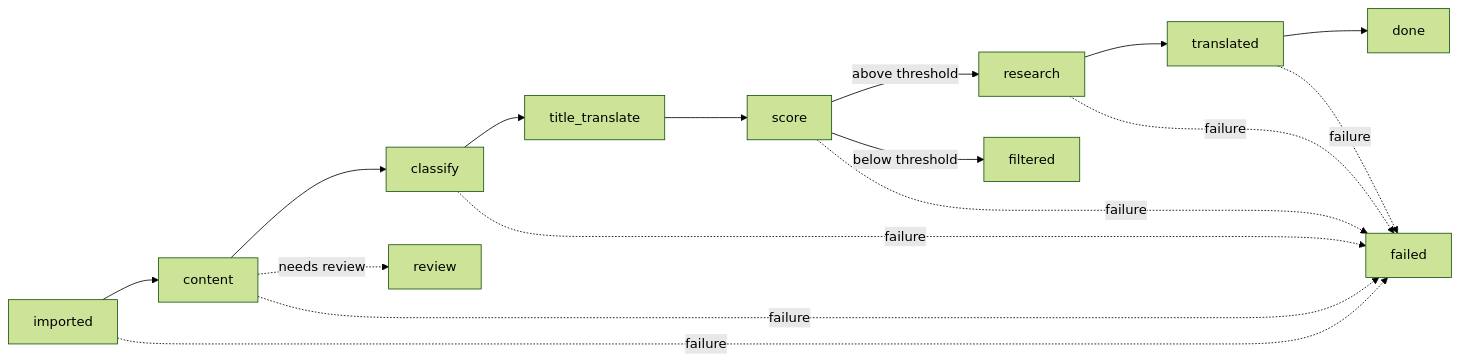
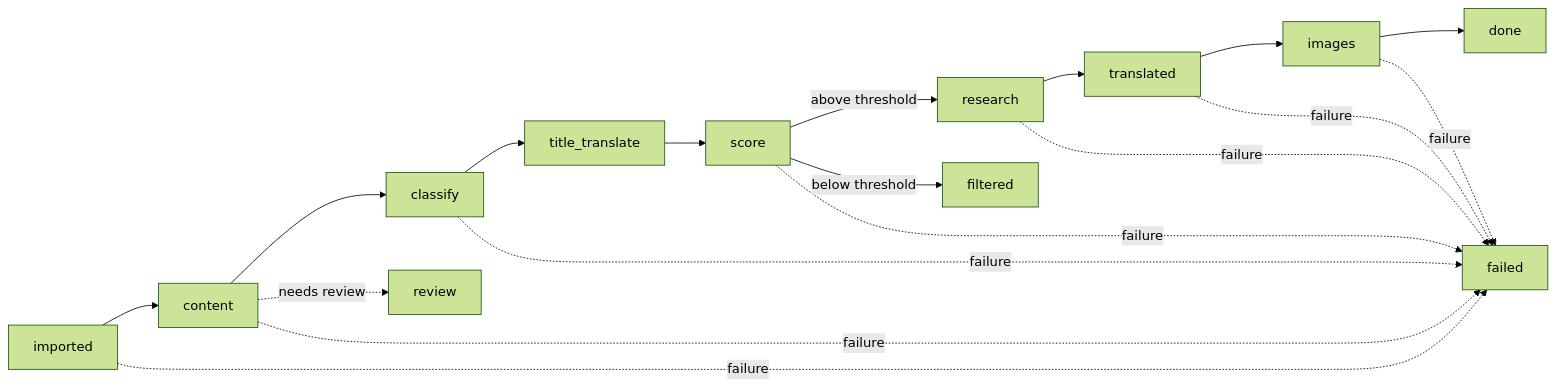
One commit to aldhubaib/falak changed the third of 4 diagrams in docs/ARCHITECTURE/ARCHITECTURE.md. Above: the diagram before and after it, drawn with Mermaid (forest theme). The commit also changed other lines of this file, not shown here.

Commit message:
docs: update ARCHITECTURE.md — Add images stage to article pipeline — SerpAPI image search + gallery save in locked Stories album

````diff
--- a/docs/ARCHITECTURE/ARCHITECTURE.md
+++ b/docs/ARCHITECTURE/ARCHITECTURE.md
@@ -942,13 +943,14 @@
 ```mermaid
 flowchart LR
     IM["imported"] --> CO["content"] --> CL["classify"] --> TT["title_translate"] --> SC["score"]
-    SC -->|above threshold| RE["research"] --> TR["translated"] --> DO["done"]
+    SC -->|above threshold| RE["research"] --> TR["translated"] --> IMG["images"] --> DO["done"]
     SC -->|below threshold| FI["filtered"]
     CO -.->|needs review| RV["review"]
     IM -.->|failure| F["failed"]
     CO -.->|failure| F
     CL -.->|failure| F
     SC -.->|failure| F
     RE -.->|failure| F
     TR -.->|failure| F
+    IMG -.->|failure| F
 ```
````
